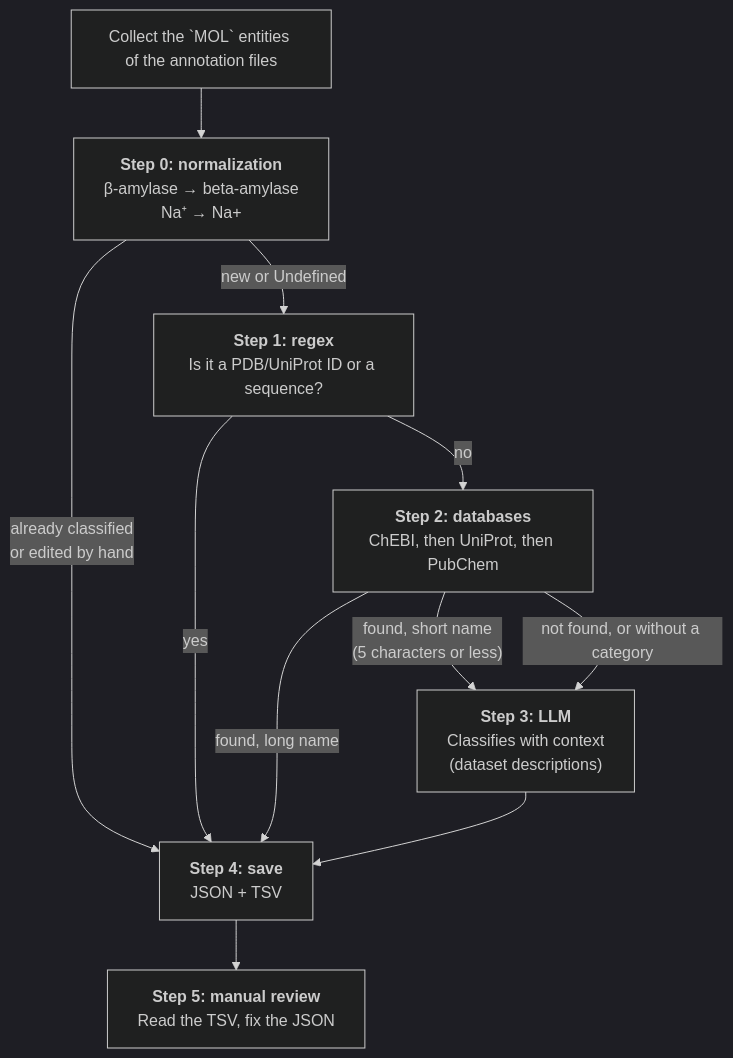
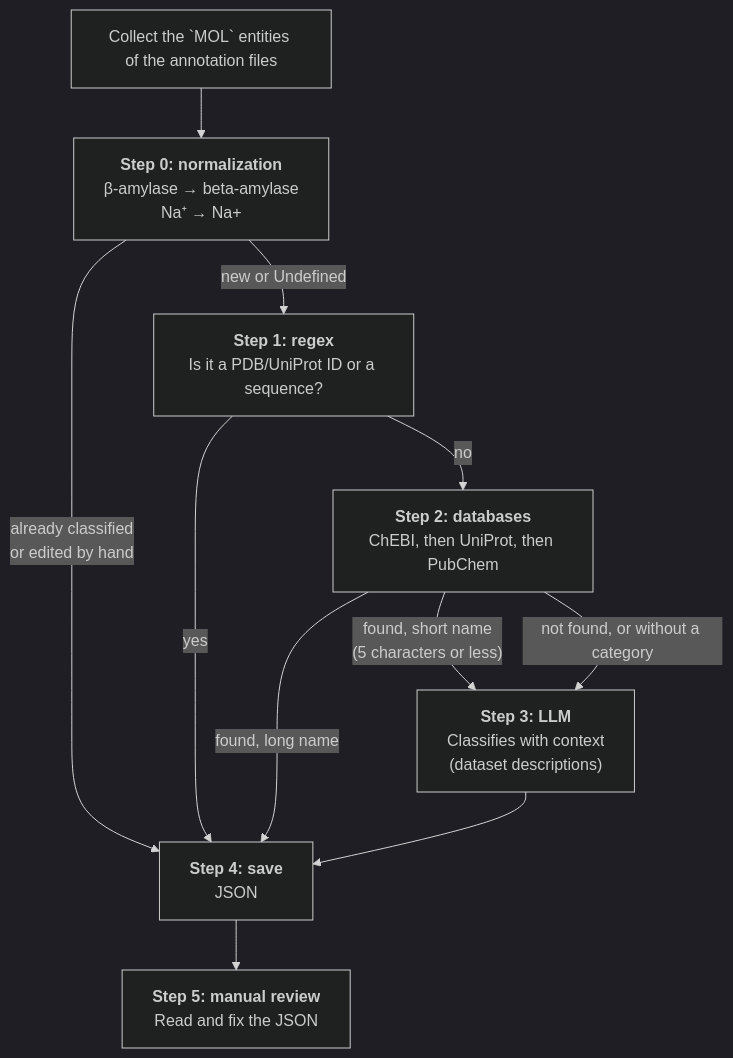
Before and after one commit to MDverse/mdner_llm: the first of 4 diagrams in docs/molecules_classification.md, drawn with Mermaid (dark theme). The commit also changed other lines of this file and 3 other files, not shown here.

Commit message:
refactor: Remove the TSV database and keep only JSON

````diff
--- a/docs/molecules_classification.md
+++ b/docs/molecules_classification.md
@@ -9,14 +9,14 @@
 ```mermaid
 flowchart TD
     A["Collect the `MOL` entities of the annotation files"]
     A --> N["<b>Step 0: normalization</b><br/>β-amylase → beta-amylase<br/>Na⁺ → Na+"]
     N -- "new or Undefined" --> D["<b>Step 1: regex</b><br/>Is it a PDB/UniProt ID or a sequence?"]
     N -- "already classified<br/>or edited by hand" --> S
     D -- "yes" --> S
     D -- "no" --> E["<b>Step 2: databases</b><br/>ChEBI, then UniProt, then PubChem"]
     E -- "found, long name" --> S
     E -- "found, short name<br/>(5 characters or less)" --> F
     E -- "not found, or without a category" --> F["<b>Step 3: LLM</b><br/>Classifies with context<br/>(dataset descriptions)"]
-    F --> S["<b>Step 4: save</b><br/>JSON + TSV"]
-    S --> R["<b>Step 5: manual review</b><br/>Read the TSV, fix the JSON"]
+    F --> S["<b>Step 4: save</b><br/>JSON"]
+    S --> R["<b>Step 5: manual review</b><br/>Read and fix the JSON"]
 ```
````
